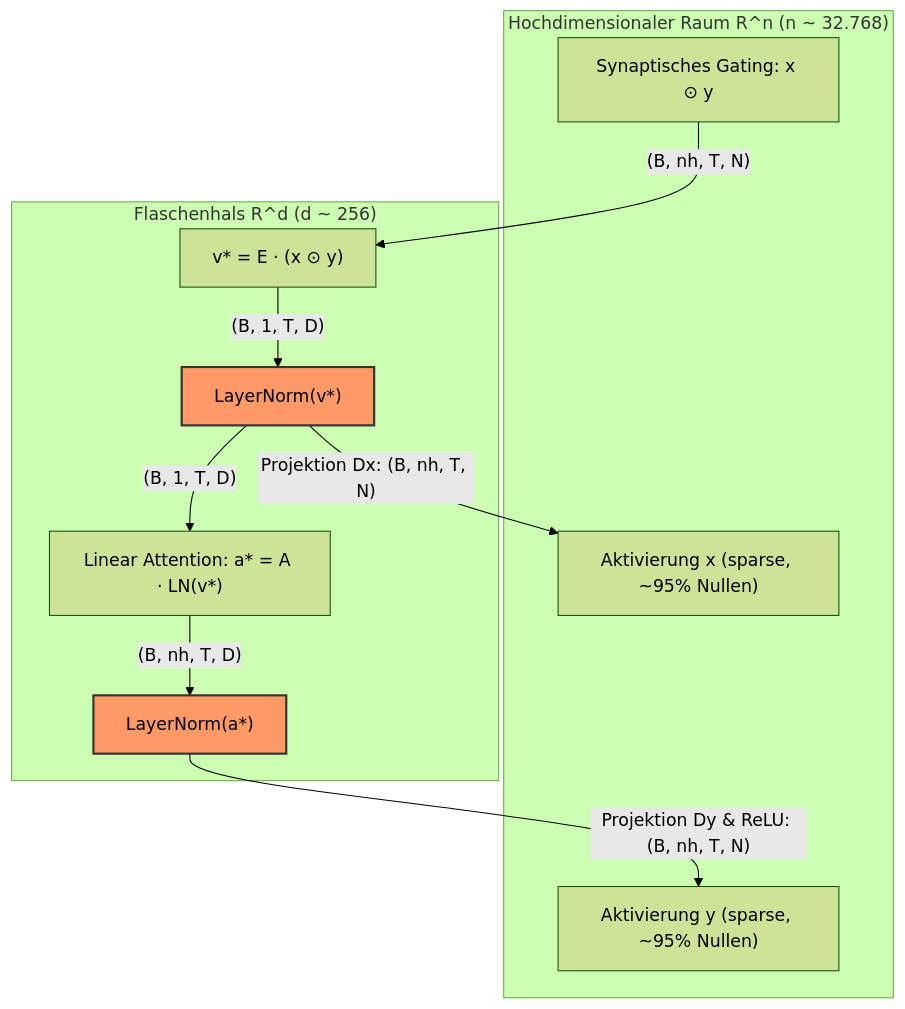
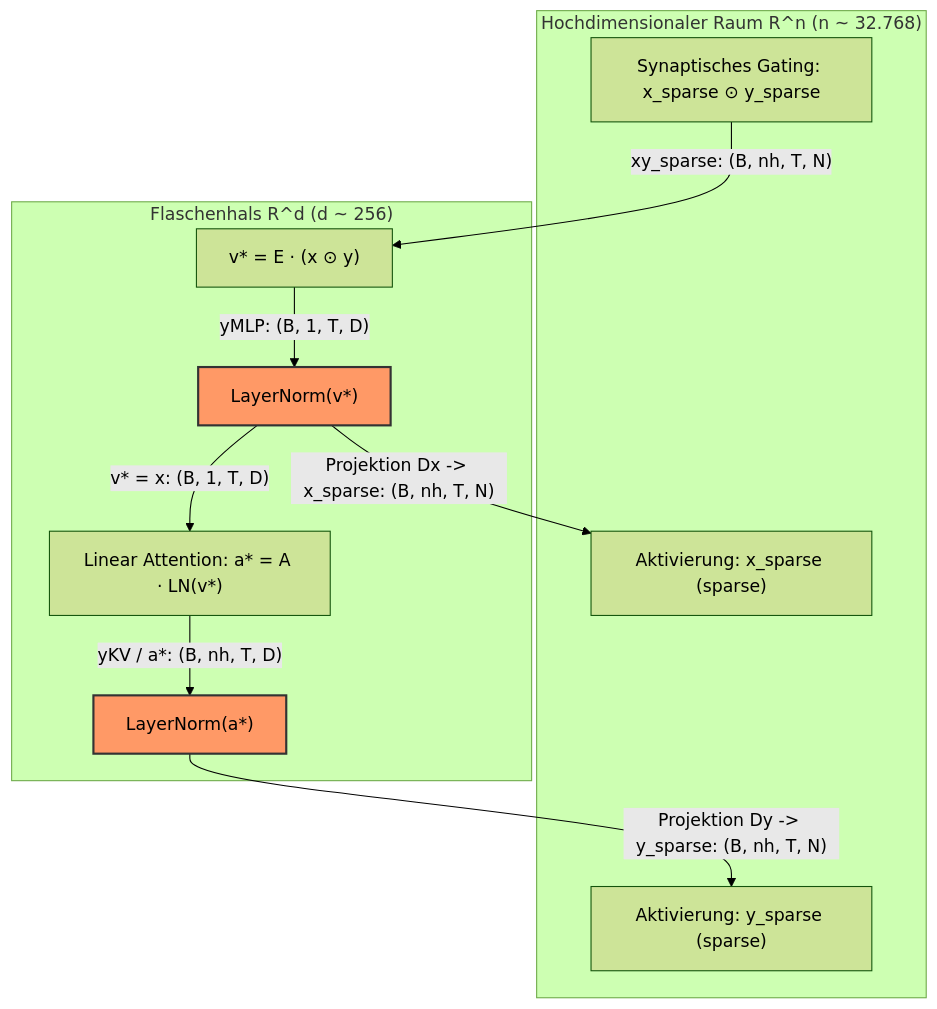
The diagram in docs/obsidian/BDH/Konzepte/LayerNorm & Flaschenhals-Dynamik.md (eberlful/BDH), drawn with Mermaid (forest theme) before and after one commit. The commit also changed 7 other files, not shown here.

Commit message:
feat: initialize continual learning development environment and refactor model architecture to include GPT support

````diff
--- a/docs/obsidian/BDH/Konzepte/LayerNorm & Flaschenhals-Dynamik.md
+++ b/docs/obsidian/BDH/Konzepte/LayerNorm & Flaschenhals-Dynamik.md
@@ -66,25 +66,25 @@
 ```mermaid
 graph TD
     subgraph "Hochdimensionaler Raum R^n (n ~ 32.768)"
-        X["Aktivierung x (sparse, ~95% Nullen)"]
-        Y["Aktivierung y (sparse, ~95% Nullen)"]
-        Gating["Synaptisches Gating: x ⊙ y"]
+        X["Aktivierung: x_sparse (sparse)"]
+        Y["Aktivierung: y_sparse (sparse)"]
+        Gating["Synaptisches Gating: x_sparse ⊙ y_sparse"]
     end
 
     subgraph "Flaschenhals R^d (d ~ 256)"
         V_star["v* = E · (x ⊙ y)"]
         LN_V["LayerNorm(v*)"]
         Attn["Linear Attention: a* = A · LN(v*)"]
         LN_A["LayerNorm(a*)"]
     end
 
-    Gating -->|"(B, nh, T, N)"| V_star
-    V_star -->|"(B, 1, T, D)"| LN_V
-    LN_V -->|"Projektion Dx: (B, nh, T, N)"| X
-    LN_V -->|"(B, 1, T, D)"| Attn
-    Attn -->|"(B, nh, T, D)"| LN_A
-    LN_A -->|"Projektion Dy & ReLU: (B, nh, T, N)"| Y
+    Gating -->|"xy_sparse: (B, nh, T, N)"| V_star
+    V_star -->|"yMLP: (B, 1, T, D)"| LN_V
+    LN_V -->|"Projektion Dx -> x_sparse: (B, nh, T, N)"| X
+    LN_V -->|"v* = x: (B, 1, T, D)"| Attn
+    Attn -->|"yKV / a*: (B, nh, T, D)"| LN_A
+    LN_A -->|"Projektion Dy -> y_sparse: (B, nh, T, N)"| Y
 
     style LN_V fill:#f96,stroke:#333,stroke-width:2px
     style LN_A fill:#f96,stroke:#333,stroke-width:2px
 ```
````
